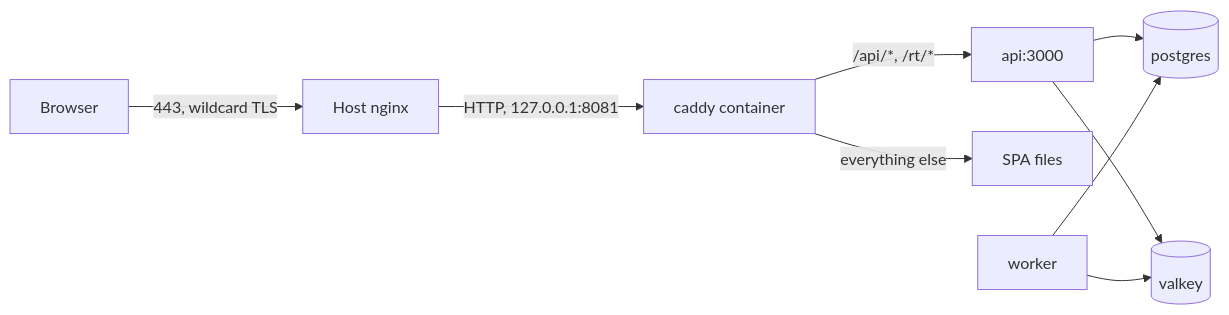
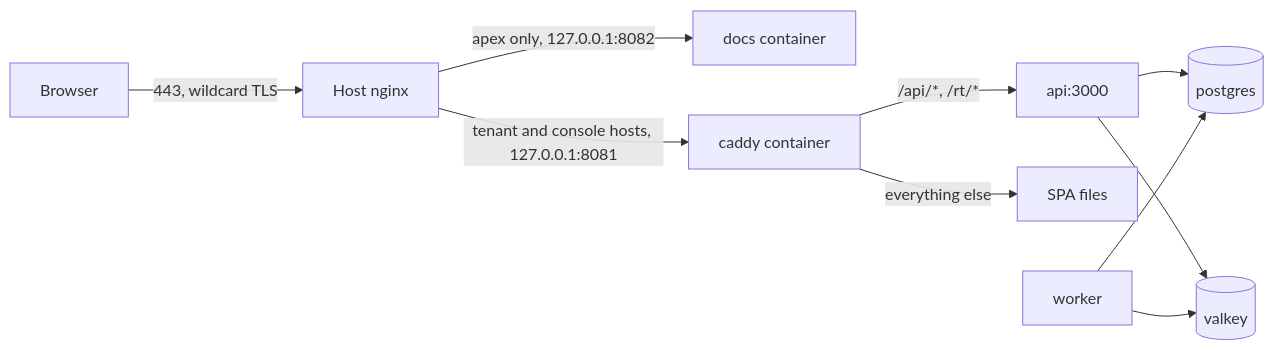
One commit to suganthsugi/replyx changed the diagram in apps/docs/content/docs/developers/deployment.md. Above: the diagram before and after it, drawn with Mermaid. The commit also changed other lines of this file, not shown here.

Commit message:
docs(docs): T029 Document the docs container, apex nginx block, DOCS_PORT, docs CSP and docs rollback

````diff
--- a/apps/docs/content/docs/developers/deployment.md
+++ b/apps/docs/content/docs/developers/deployment.md
@@ -13,11 +13,12 @@
 ```mermaid
 flowchart LR
   B[Browser] -->|443, wildcard TLS| N[Host nginx]
-  N -->|HTTP, 127.0.0.1:8081| C[caddy container]
+  N -->|apex only, 127.0.0.1:8082| D[docs container]
+  N -->|tenant and console hosts, 127.0.0.1:8081| C[caddy container]
   C -->|/api/*, /rt/*| A[api:3000]
   C -->|everything else| S[SPA files]
   A --> P[(postgres)]
   A --> V[(valkey)]
   W[worker] --> P
   W --> V
 ```
````
